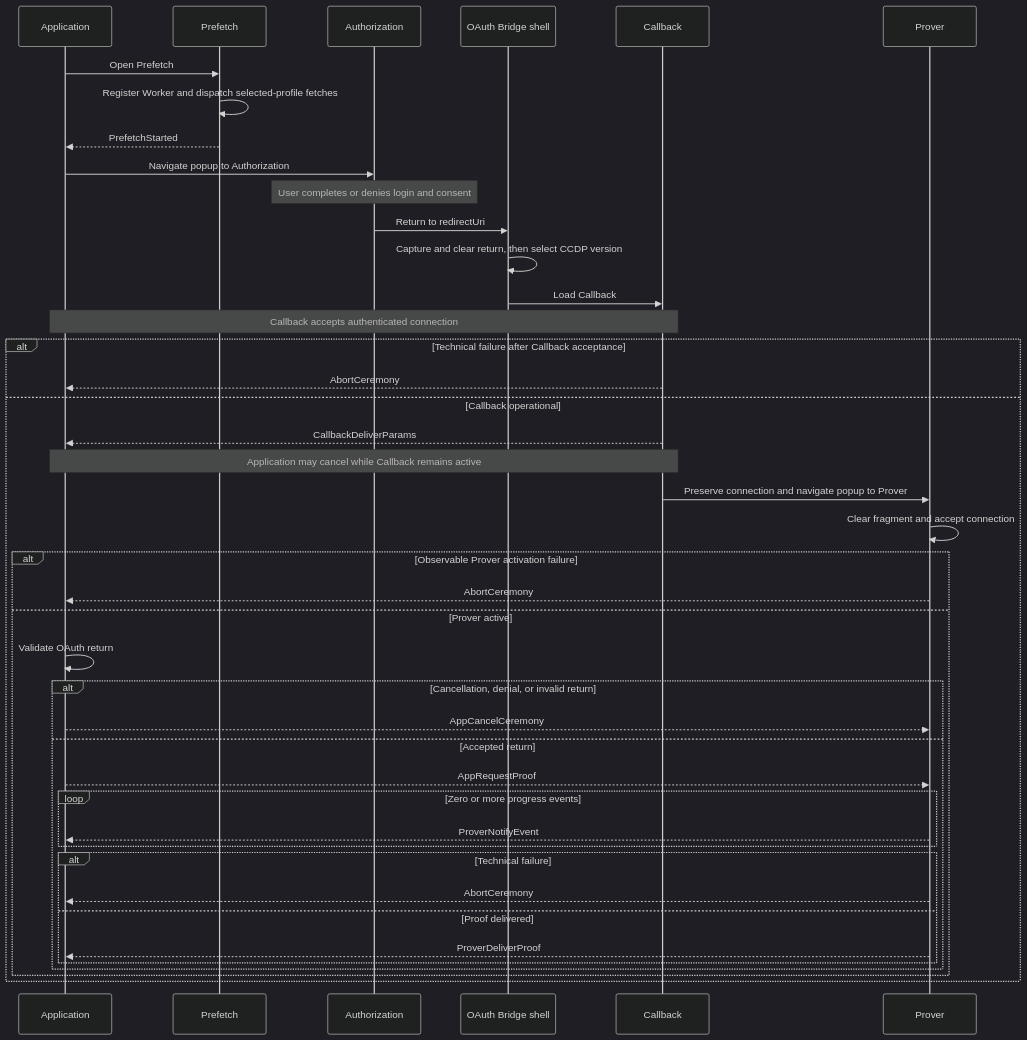
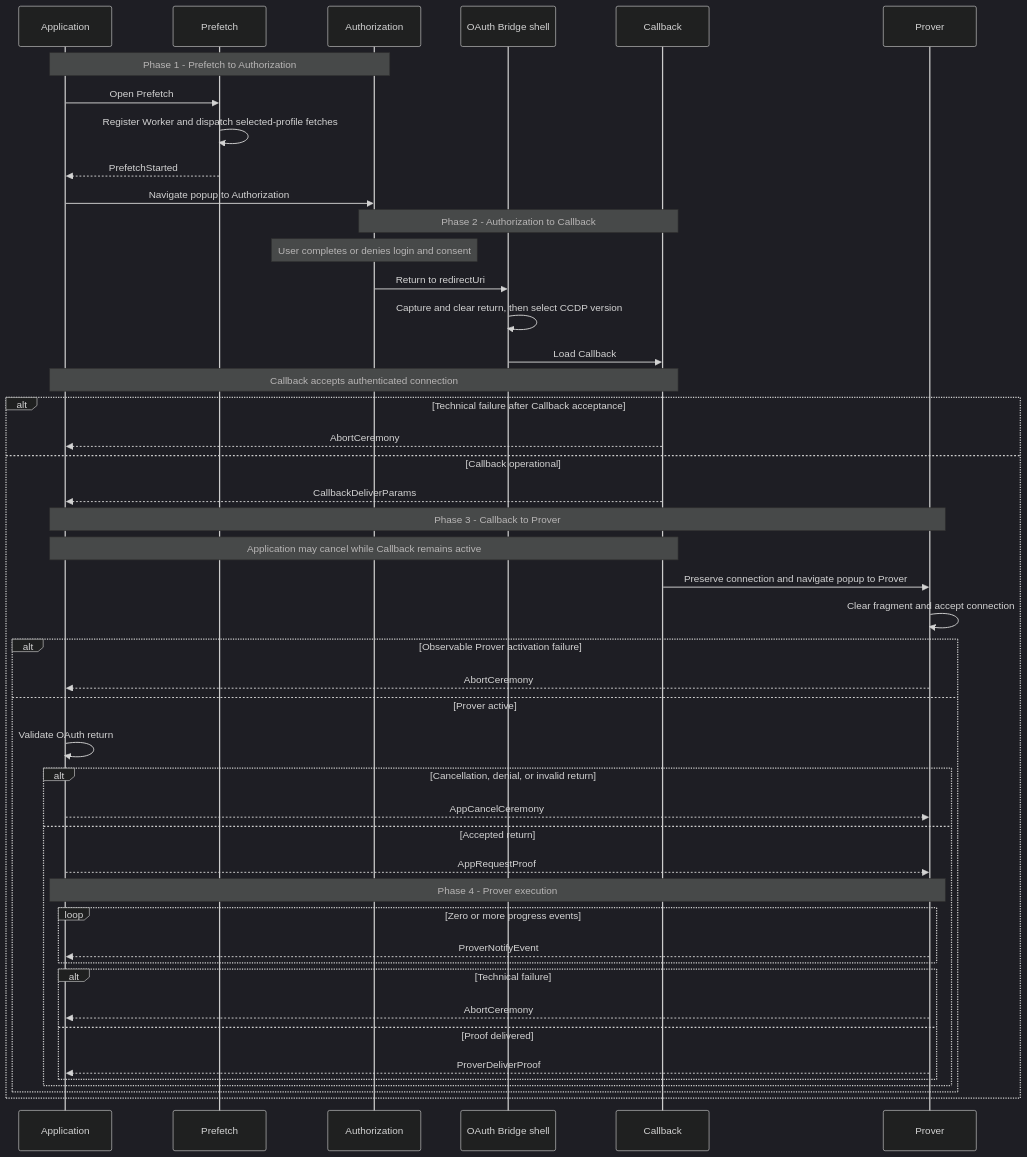
Before and after one commit to libid-org/libid: the diagram in ts/packages/ceremony/CCDP.md, drawn with Mermaid (dark theme). The commit also changed other lines of this file, not shown here.

Commit message:
docs(ccdp): align sequence with protocol phases

````diff
--- a/ts/packages/ceremony/CCDP.md
+++ b/ts/packages/ceremony/CCDP.md
@@ -429,45 +429,52 @@
 ```mermaid
 sequenceDiagram
     participant A as Application
     participant F as Prefetch
     participant O as Authorization
     participant B as OAuth Bridge shell
     participant C as Callback
     participant P as Prover
 
+    Note over A,O: Phase 1 - Prefetch to Authorization
     A->>F: Open Prefetch
     F->>F: Register Worker and dispatch selected-profile fetches
     F-->>A: PrefetchStarted
     A->>O: Navigate popup to Authorization
+
+    Note over O,C: Phase 2 - Authorization to Callback
     Note over O: User completes or denies login and consent
     O->>B: Return to redirectUri
     B->>B: Capture and clear return, then select CCDP version
     B->>C: Load Callback
     Note over A,C: Callback accepts authenticated connection
     alt Technical failure after Callback acceptance
         C-->>A: AbortCeremony
     else Callback operational
         C-->>A: CallbackDeliverParams
+
+        Note over A,P: Phase 3 - Callback to Prover
         Note over A,C: Application may cancel while Callback remains active
         C->>P: Preserve connection and navigate popup to Prover
         P->>P: Clear fragment and accept connection
         alt Observable Prover activation failure
             P-->>A: AbortCeremony
         else Prover active
             A->>A: Validate OAuth return
             alt Cancellation, denial, or invalid return
                 A-->>P: AppCancelCeremony
             else Accepted return
                 A-->>P: AppRequestProof
+
+                Note over A,P: Phase 4 - Prover execution
                 loop Zero or more progress events
                     P-->>A: ProverNotifyEvent
                 end
                 alt Technical failure
                     P-->>A: AbortCeremony
                 else Proof delivered
                     P-->>A: ProverDeliverProof
                 end
             end
         end
     end
 ```
````
